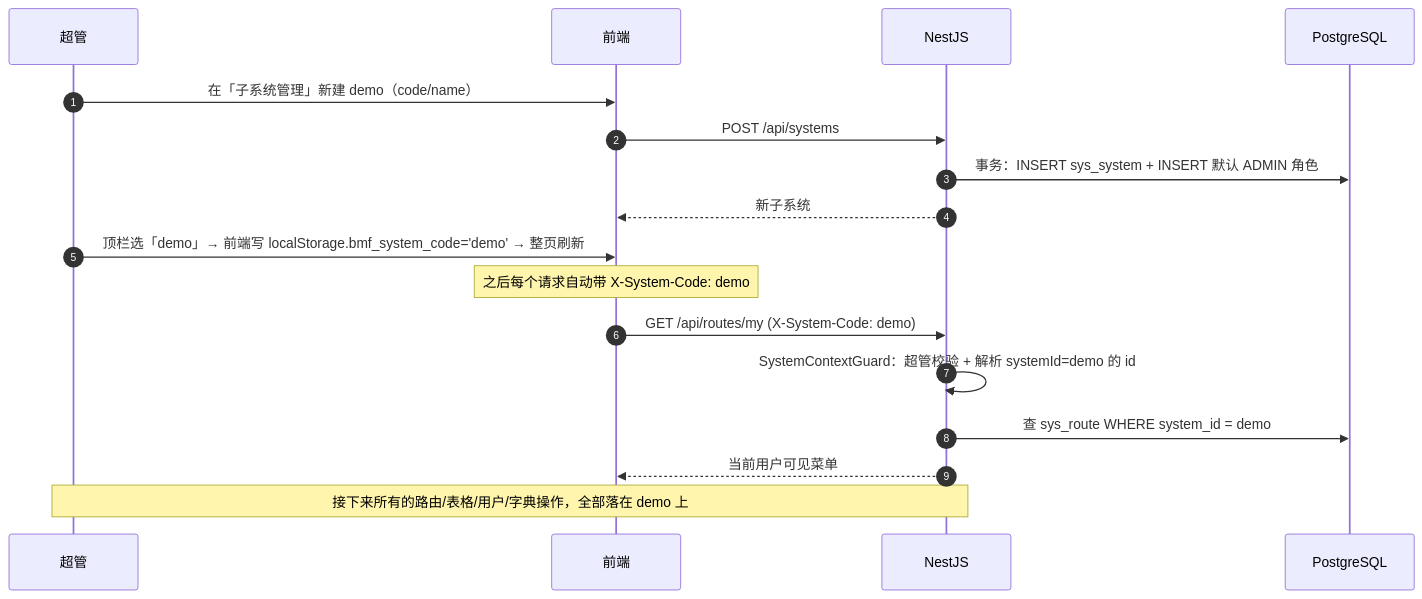
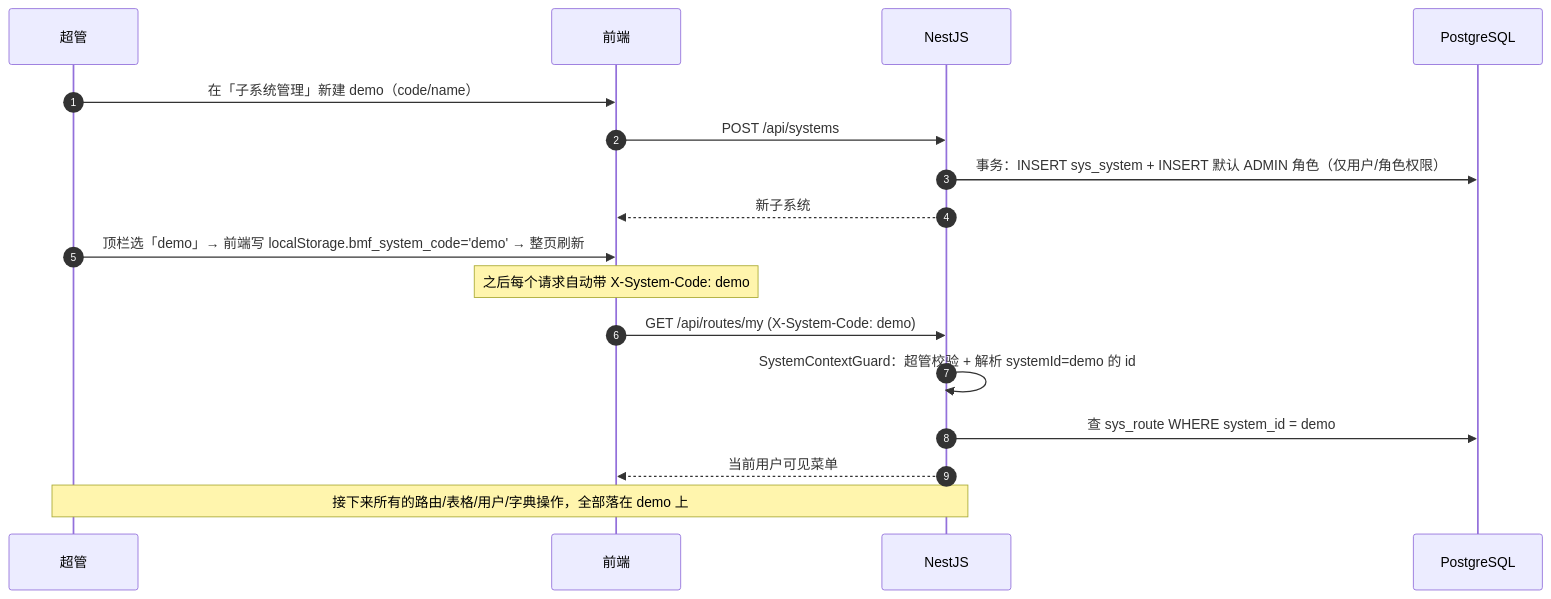
Before and after one commit to yy1129273677/BackendManagementFramework: the second of 5 diagrams in docs/design/03-flows.md, drawn with Mermaid. The commit also changed 9 other files, not shown here.

````diff
--- a/docs/design/03-flows.md
+++ b/docs/design/03-flows.md
@@ -31,20 +31,20 @@
 ```mermaid
 sequenceDiagram
     autonumber
     participant S as 超管
     participant C as 前端
     participant A as NestJS
     participant D as PostgreSQL
 
     S->>C: 在「子系统管理」新建 demo（code/name）
     C->>A: POST /api/systems
-    A->>D: 事务：INSERT sys_system + INSERT 默认 ADMIN 角色
+    A->>D: 事务：INSERT sys_system + INSERT 默认 ADMIN 角色（仅用户/角色权限）
     A-->>C: 新子系统
     S->>C: 顶栏选「demo」→ 前端写 localStorage.bmf_system_code='demo' → 整页刷新
     Note over C: 之后每个请求自动带 X-System-Code: demo
     C->>A: GET /api/routes/my  (X-System-Code: demo)
     A->>A: SystemContextGuard：超管校验 + 解析 systemId=demo 的 id
     A->>D: 查 sys_route WHERE system_id = demo
     A-->>C: 当前用户可见菜单
     Note over S,A: 接下来所有的路由/表格/用户/字典操作，全部落在 demo 上
 ```
````
